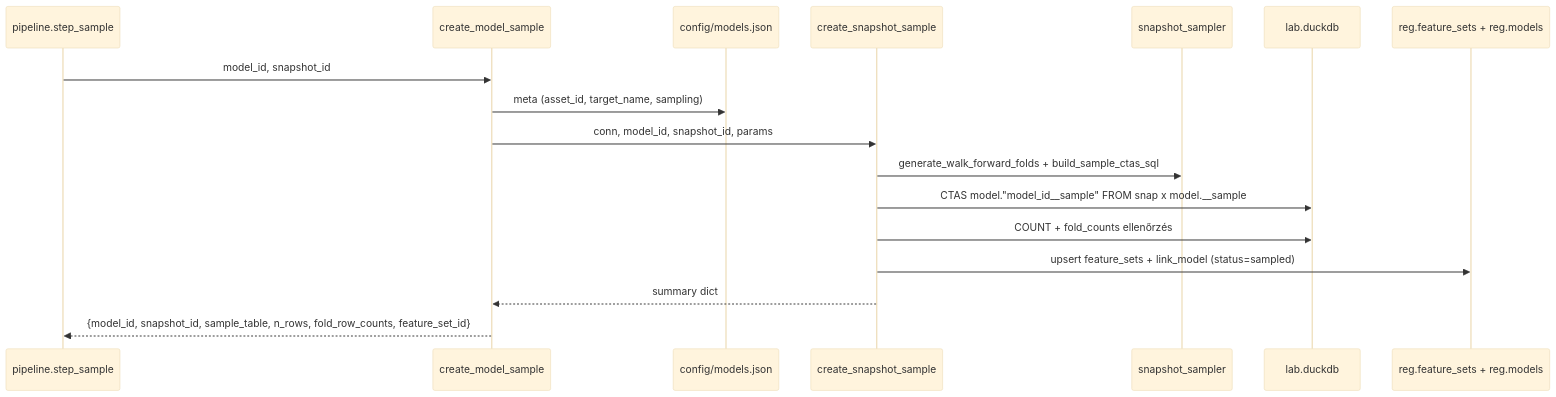
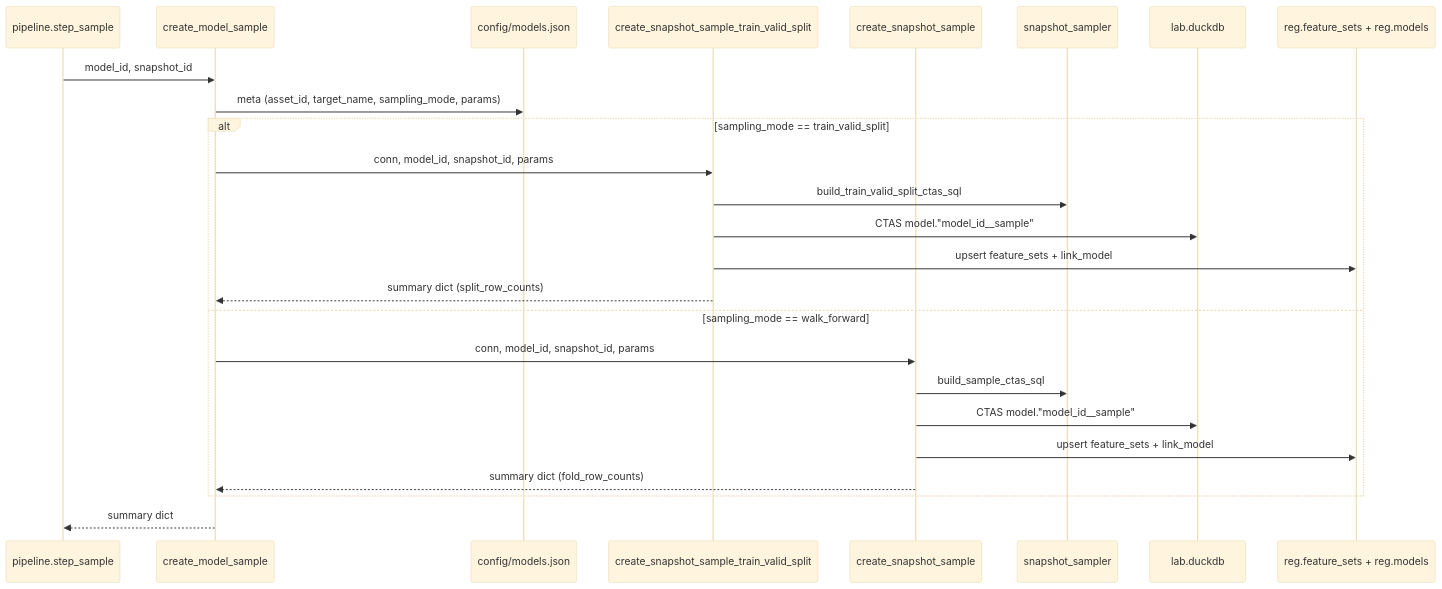
The second of 4 diagrams in _doc_/database_and_code_doc/5300_create_sample.md (Nemesis14/chronoquant), drawn with Mermaid (base theme) before and after one commit. The commit also changed other lines of this file and 1415 other files, not shown here.

````diff
--- a/_doc_/database_and_code_doc/5300_create_sample.md
+++ b/_doc_/database_and_code_doc/5300_create_sample.md
@@ -28,20 +65,28 @@
 ```mermaid
 sequenceDiagram
   participant P as pipeline.step_sample
   participant CM as create_model_sample
   participant CFG as config/models.json
-  participant CSS as create_snapshot_sample
+  participant TV as create_snapshot_sample_train_valid_split
+  participant WF as create_snapshot_sample
   participant SNAPS as snapshot_sampler
   participant DB as lab.duckdb
   participant REG as reg.feature_sets + reg.models
 
   P ->> CM: model_id, snapshot_id
-  CM ->> CFG: meta (asset_id, target_name, sampling)
-  CM ->> CSS: conn, model_id, snapshot_id, params
-  CSS ->> SNAPS: generate_walk_forward_folds + build_sample_ctas_sql
-  CSS ->> DB: CTAS model."model_id__sample" FROM snap x model.__sample
-  CSS ->> DB: COUNT + fold_counts ellenőrzés
-  CSS ->> REG: upsert feature_sets + link_model (status=sampled)
-  CSS -->> CM: summary dict
-  CM -->> P: {model_id, snapshot_id, sample_table, n_rows, fold_row_counts, feature_set_id}
+  CM ->> CFG: meta (asset_id, target_name, sampling_mode, params)
+  alt sampling_mode == train_valid_split
+    CM ->> TV: conn, model_id, snapshot_id, params
+    TV ->> SNAPS: build_train_valid_split_ctas_sql
+    TV ->> DB: CTAS model."model_id__sample"
+    TV ->> REG: upsert feature_sets + link_model
+    TV -->> CM: summary dict (split_row_counts)
+  else sampling_mode == walk_forward
+    CM ->> WF: conn, model_id, snapshot_id, params
+    WF ->> SNAPS: build_sample_ctas_sql
+    WF ->> DB: CTAS model."model_id__sample"
+    WF ->> REG: upsert feature_sets + link_model
+    WF -->> CM: summary dict (fold_row_counts)
+  end
+  CM -->> P: summary dict
 ```
````
